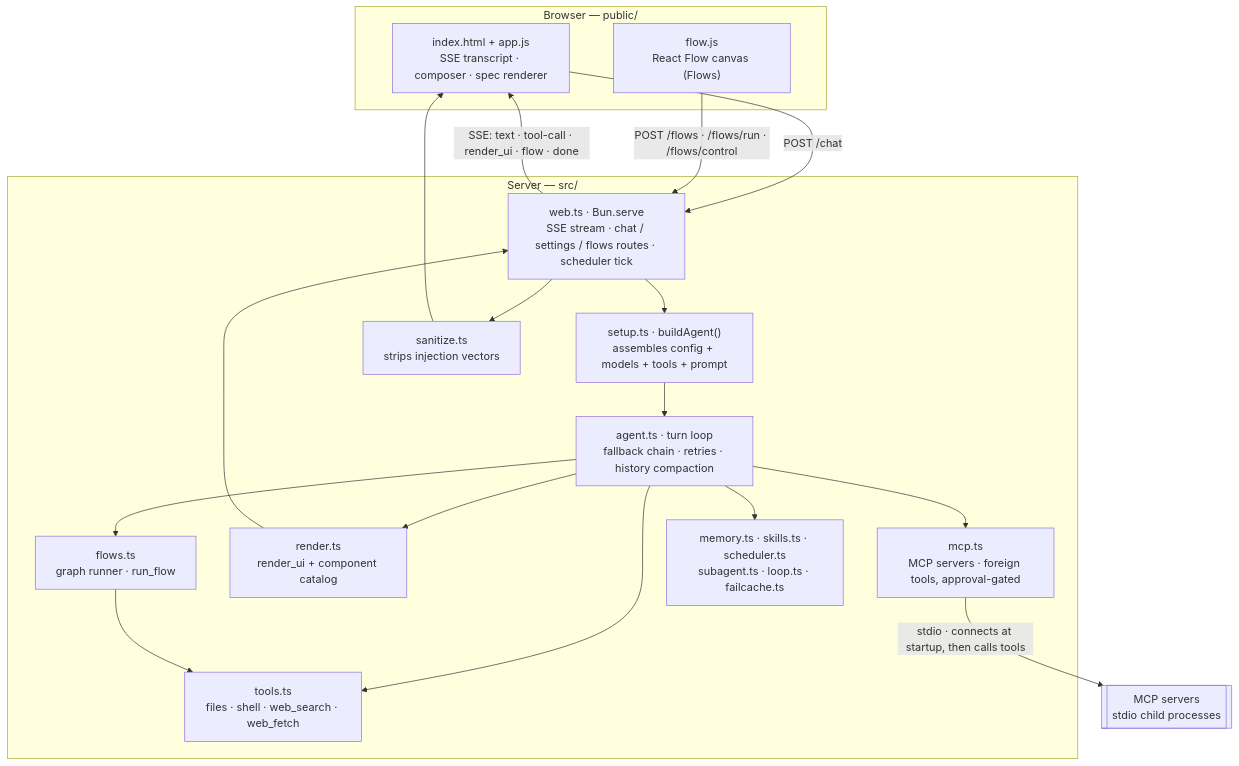
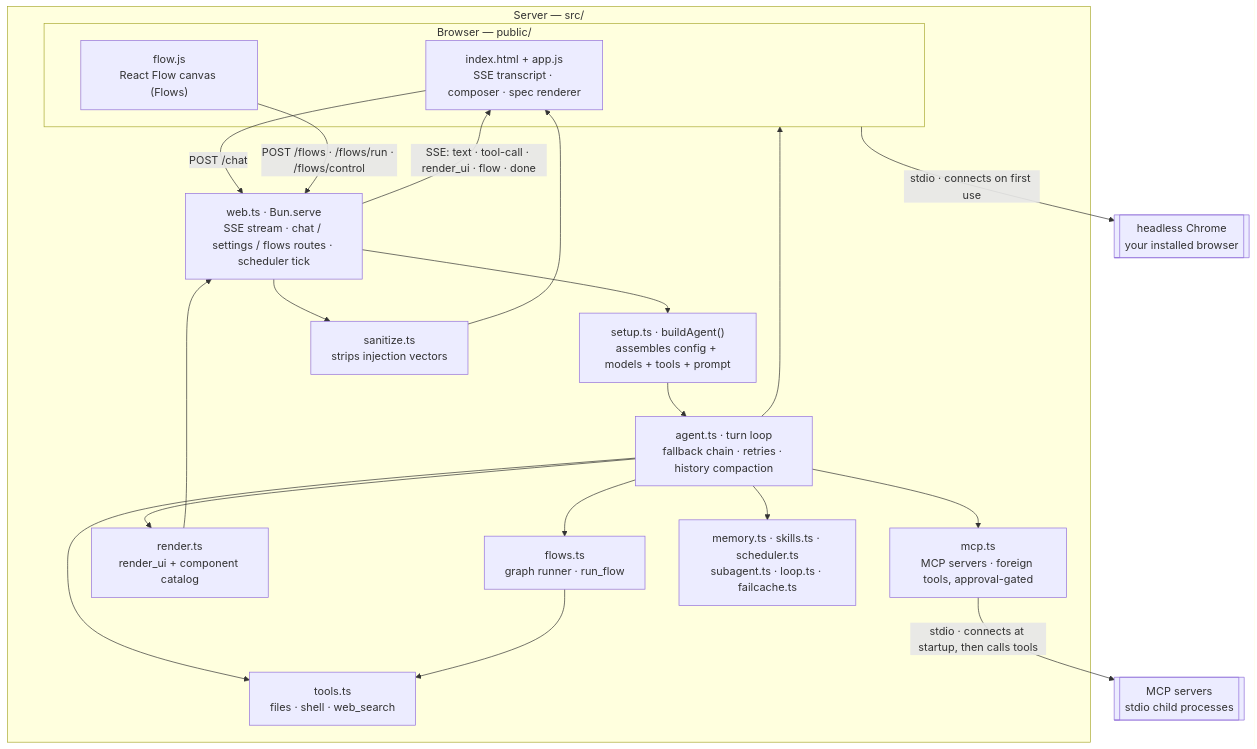
The first of 5 diagrams in README.md (Adhishtanaka/adhd), drawn with Mermaid before and after one commit. The commit also changed other lines of this file and 10 other files, not shown here.

Commit message:
feat: integrate browser tool for enhanced web interactions and migrate from web_fetch

````diff
--- a/README.md
+++ b/README.md
@@ -73,37 +74,41 @@
 ```mermaid
 flowchart TB
   subgraph browser["Browser — public/"]
     ui["index.html + app.js<br/>SSE transcript · composer · spec renderer"]
     flow["flow.js<br/>React Flow canvas (Flows)"]
   end
 
   subgraph server["Server — src/"]
     web["web.ts · Bun.serve<br/>SSE stream · chat / settings / flows routes · scheduler tick"]
     setup["setup.ts · buildAgent()<br/>assembles config + models + tools + prompt"]
     agent["agent.ts · turn loop<br/>fallback chain · retries · history compaction"]
-    tools["tools.ts<br/>files · shell · web_search · web_fetch"]
+    tools["tools.ts<br/>files · shell · web_search"]
+    browser["browser.ts<br/>one browser tool · headless Chrome"]
     flows["flows.ts<br/>graph runner · run_flow"]
     render["render.ts<br/>render_ui + component catalog"]
     mcp["mcp.ts<br/>MCP servers · foreign tools, approval-gated"]
     extra["memory.ts · skills.ts · scheduler.ts<br/>subagent.ts · loop.ts · failcache.ts"]
     san["sanitize.ts<br/>strips injection vectors"]
   end
 
   srv[["MCP servers<br/>stdio child processes"]]
+  chrome[["headless Chrome<br/>your installed browser"]]
 
   ui -- "POST /chat" --> web
   flow -- "POST /flows · /flows/run · /flows/control" --> web
   web -- "SSE: text · tool-call · render_ui · flow · done" --> ui
   web --> setup
   setup --> agent
   mcp -- "stdio · connects at startup, then calls tools" --> srv
   agent --> tools
+  agent --> browser
+  browser -- "stdio · connects on first use" --> chrome
   agent --> mcp
   agent --> extra
   agent --> render
   agent --> flows
   flows --> tools
   render --> web
   web --> san
   san --> ui
 ```
````
